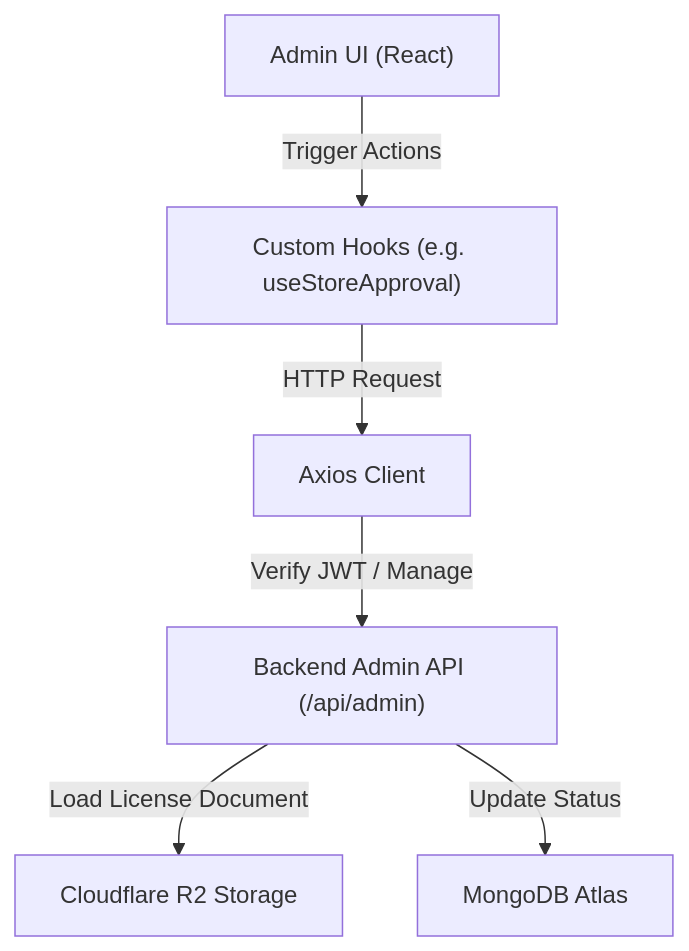
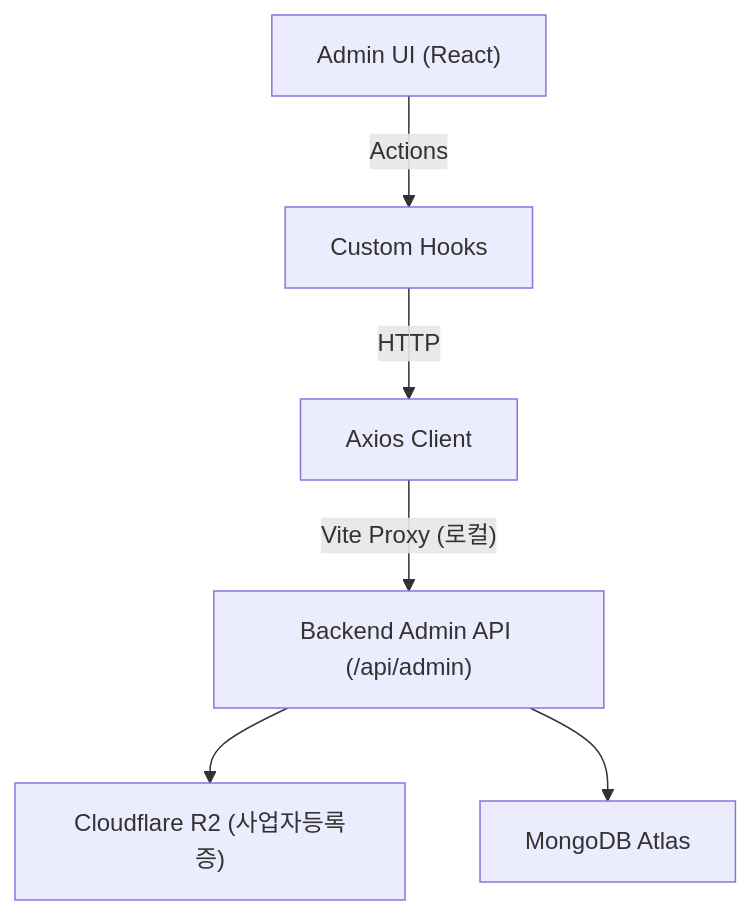
The diagram in README.ko.md (Espi8624/yoyaku_mate_admin), drawn with Mermaid before and after one commit. The commit also changed other lines of this file and 13 other files, not shown here.

````diff
--- a/README.ko.md
+++ b/README.ko.md
@@ -38,8 +43,8 @@
 ```mermaid
 graph TD
-    Admin["Admin UI (React)"] -->|"Trigger Actions"| Hooks["Custom Hooks (e.g. useStoreApproval)"]
-    Hooks -->|"HTTP Request"| API["Axios Client"]
-    API -->|"Verify JWT / Manage"| Server["Backend Admin API (/api/admin)"]
-    Server -->|"Load License Document"| R2["Cloudflare R2 Storage"]
-    Server -->|"Update Status"| MongoDB["MongoDB Atlas"]
+    Admin["Admin UI (React)"] -->|"Actions"| Hooks["Custom Hooks"]
+    Hooks -->|"HTTP"| API["Axios Client"]
+    API -->|"Vite Proxy (로컬)"| Server["Backend Admin API (/api/admin)"]
+    Server --> R2["Cloudflare R2 (사업자등록증)"]
+    Server --> MongoDB["MongoDB Atlas"]
 ```
````
